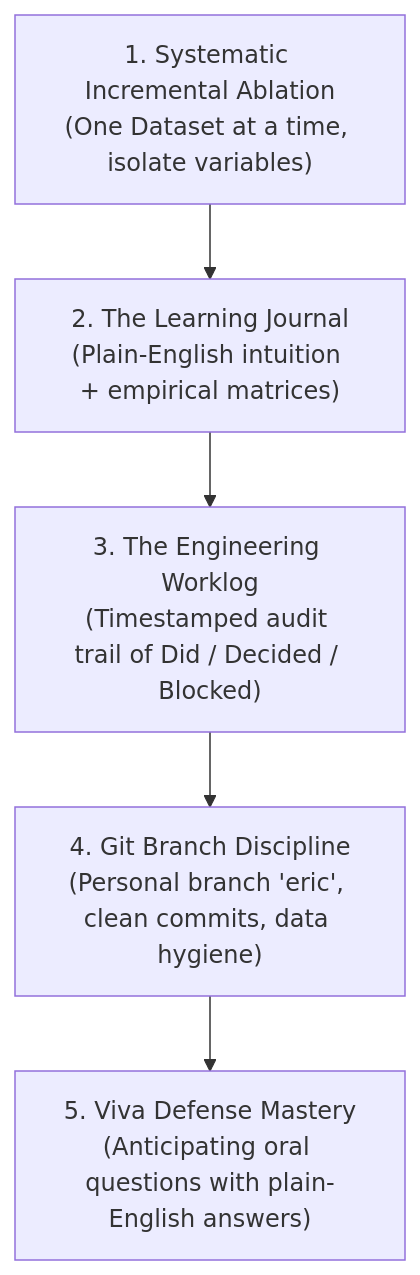
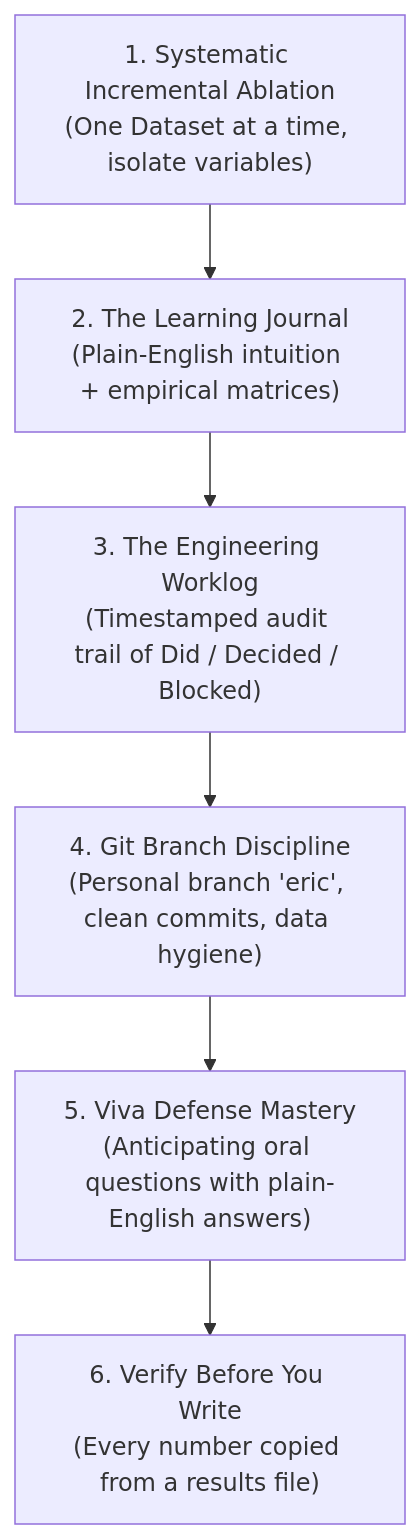
The diagram in METHODOLOGY_GUIDE.md (ASU-MICS-2028/nlp-group-1-prosit-1), drawn with Mermaid before and after one commit. The commit also changed other lines of this file and 7 other files, not shown here.

````diff
--- a/METHODOLOGY_GUIDE.md
+++ b/METHODOLOGY_GUIDE.md
@@ -23,7 +23,8 @@
 ```mermaid
 flowchart TD
     A["1. Systematic Incremental Ablation\n(One Dataset at a time, isolate variables)"] --> B["2. The Learning Journal\n(Plain-English intuition + empirical matrices)"]
     B --> C["3. The Engineering Worklog\n(Timestamped audit trail of Did / Decided / Blocked)"]
     C --> D["4. Git Branch Discipline\n(Personal branch 'eric', clean commits, data hygiene)"]
     D --> E["5. Viva Defense Mastery\n(Anticipating oral questions with plain-English answers)"]
+    E --> F["6. Verify Before You Write\n(Every number copied from a results file)"]
 ```
````
